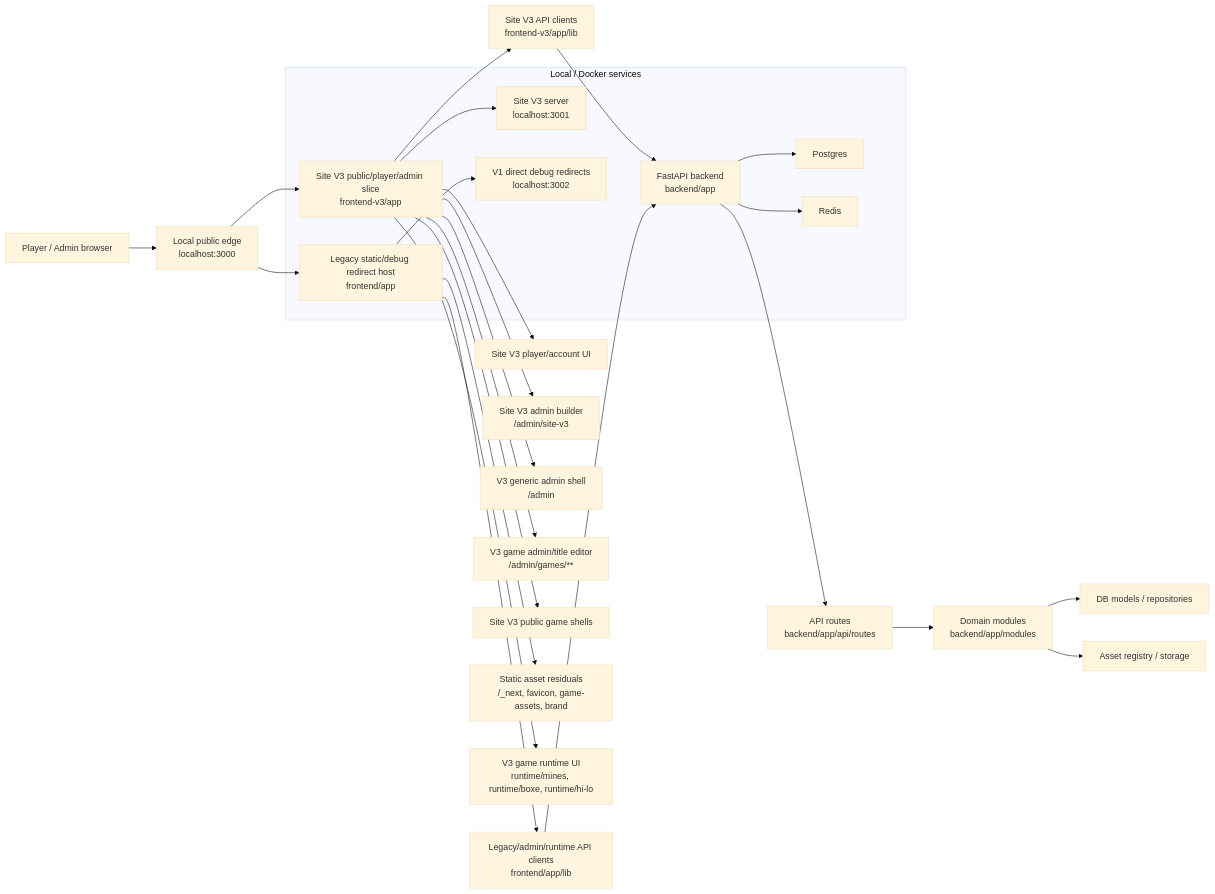
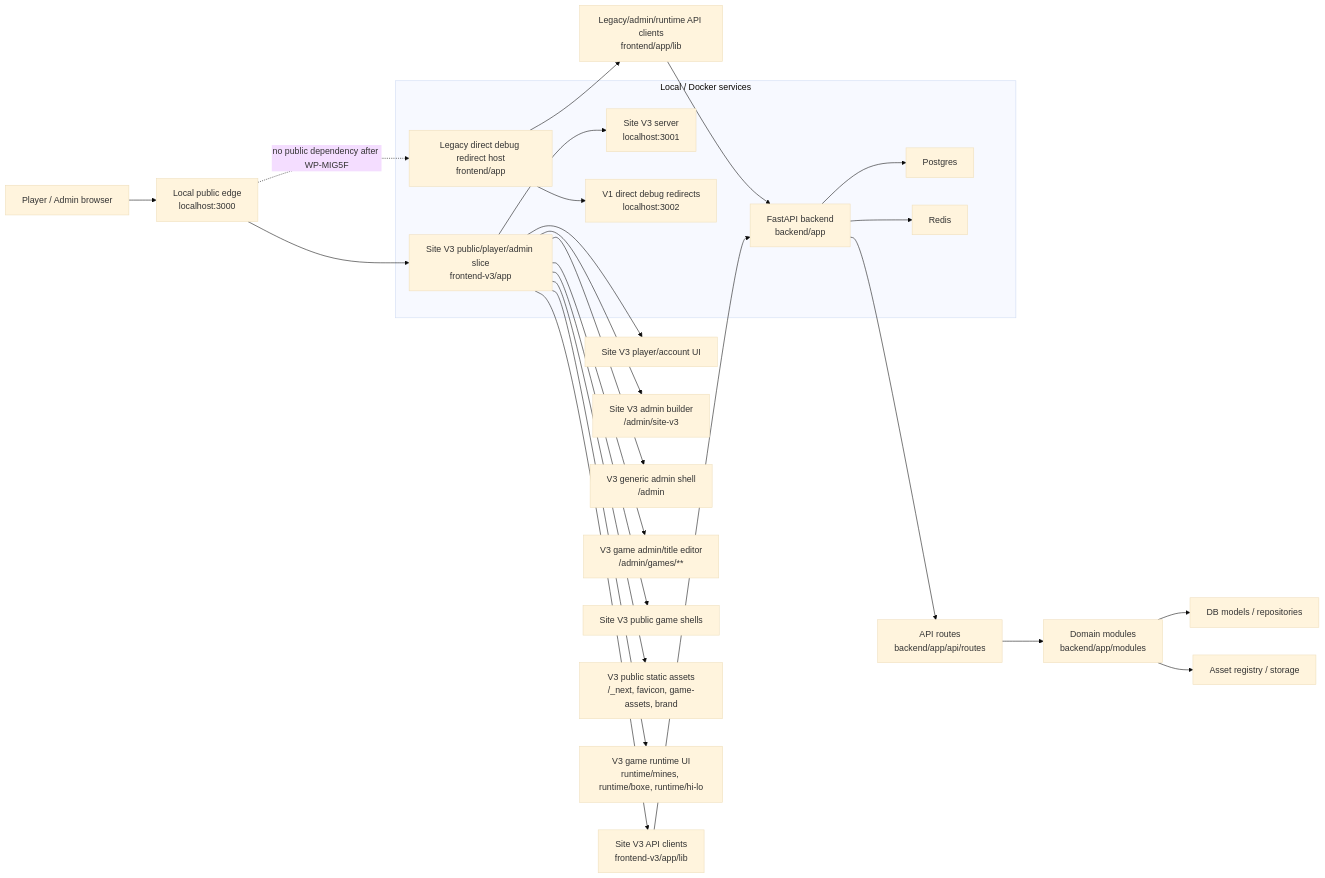
The first of 11 diagrams in docs/CODE_ARCHITECTURE_MERMAID_MAP_2026-05-22.md (moromike/casinoking-platform), drawn with Mermaid (base theme) before and after one commit. The commit also changed other lines of this file and 24 other files, not shown here.

Commit message:
feat(site-v3): move static assets to v3

````diff
--- a/docs/CODE_ARCHITECTURE_MERMAID_MAP_2026-05-22.md
+++ b/docs/CODE_ARCHITECTURE_MERMAID_MAP_2026-05-22.md
@@ -25,30 +25,30 @@
 ```mermaid
 flowchart LR
   User["Player / Admin browser"] --> Edge["Local public edge<br/>localhost:3000"]
   Edge --> FEv3["Site V3 public/player/admin slice<br/>frontend-v3/app"]
-  Edge --> FEv1["Legacy static/debug redirect host<br/>frontend/app"]
+  Edge -. no public dependency after WP-MIG5F .-> FEv1["Legacy direct debug redirect host<br/>frontend/app"]
   FEv3 --> APIClientV3["Site V3 API clients<br/>frontend-v3/app/lib"]
   FEv1 --> APIClientV1["Legacy/admin/runtime API clients<br/>frontend/app/lib"]
   APIClientV3 --> BE["FastAPI backend<br/>backend/app"]
   APIClientV1 --> BE
 
   subgraph Docker["Local / Docker services"]
     BE --> PG["Postgres"]
     BE --> Redis["Redis"]
     FEv3 --> NextV3["Site V3 server<br/>localhost:3001"]
     FEv1 --> NextV1["V1 direct debug redirects<br/>localhost:3002"]
   end
 
   BE --> Routes["API routes<br/>backend/app/api/routes"]
   Routes --> Modules["Domain modules<br/>backend/app/modules"]
   Modules --> DB["DB models / repositories"]
   Modules --> Assets["Asset registry / storage"]
 
   FEv3 --> PlayerUI["Site V3 player/account UI"]
   FEv3 --> SiteV3AdminUI["Site V3 admin builder<br/>/admin/site-v3"]
   FEv3 --> GenericAdminUI["V3 generic admin shell<br/>/admin"]
   FEv3 --> GameAdminUI["V3 game admin/title editor<br/>/admin/games/**"]
   FEv3 --> GameShellUI["Site V3 public game shells"]
-  FEv1 --> StaticResidual["Static asset residuals<br/>/_next, favicon, game-assets, brand"]
+  FEv3 --> StaticAssets["V3 public static assets<br/>/_next, favicon, game-assets, brand"]
   FEv3 --> RuntimeUI["V3 game runtime UI<br/>runtime/mines, runtime/boxe, runtime/hi-lo"]
 ```
````
